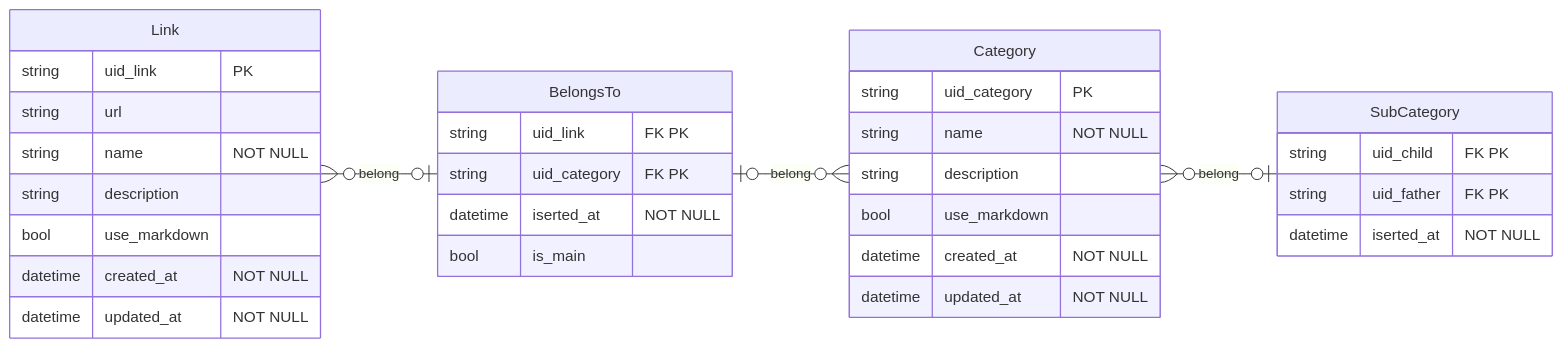
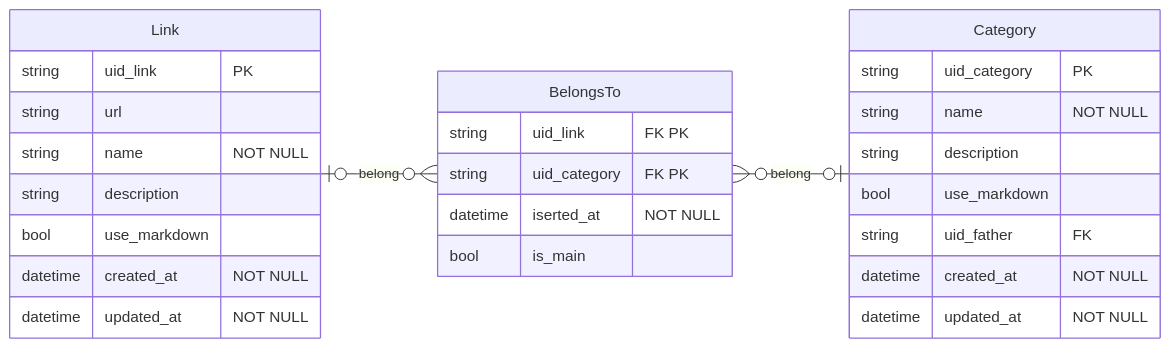
Before and after one commit to mutannejs/luof-go: the diagram in README.md, drawn with Mermaid.

````diff
--- a/README.md
+++ b/README.md
@@ -13,35 +13,30 @@
 ```mermaid
 erDiagram
 	direction LR
-	Link o{--o| BelongsTo : belong
-	BelongsTo o|--o{ Category : belong
-	Category o{--o| SubCategory : belong
+	Link o|--o{ BelongsTo : belong
+	BelongsTo o{--o| Category : belong
 	Link {
 		string uid_link "PK"
 		string url
 		string name "NOT NULL"
 		string description
 		bool use_markdown
 		datetime created_at "NOT NULL"
 		datetime updated_at "NOT NULL"
 	}
 	BelongsTo {
 		string uid_link "FK PK"
 		string uid_category "FK PK"
 		datetime iserted_at "NOT NULL"
 		bool is_main
 	}
 	Category {
 		string uid_category "PK"
 		string name "NOT NULL"
 		string description
 		bool use_markdown
+		string uid_father "FK"
 		datetime created_at "NOT NULL"
 		datetime updated_at "NOT NULL"
 	}
-	SubCategory {
-		string uid_child "FK PK"
-		string uid_father "FK PK"
-		datetime iserted_at "NOT NULL"
-	}
 ```
````
